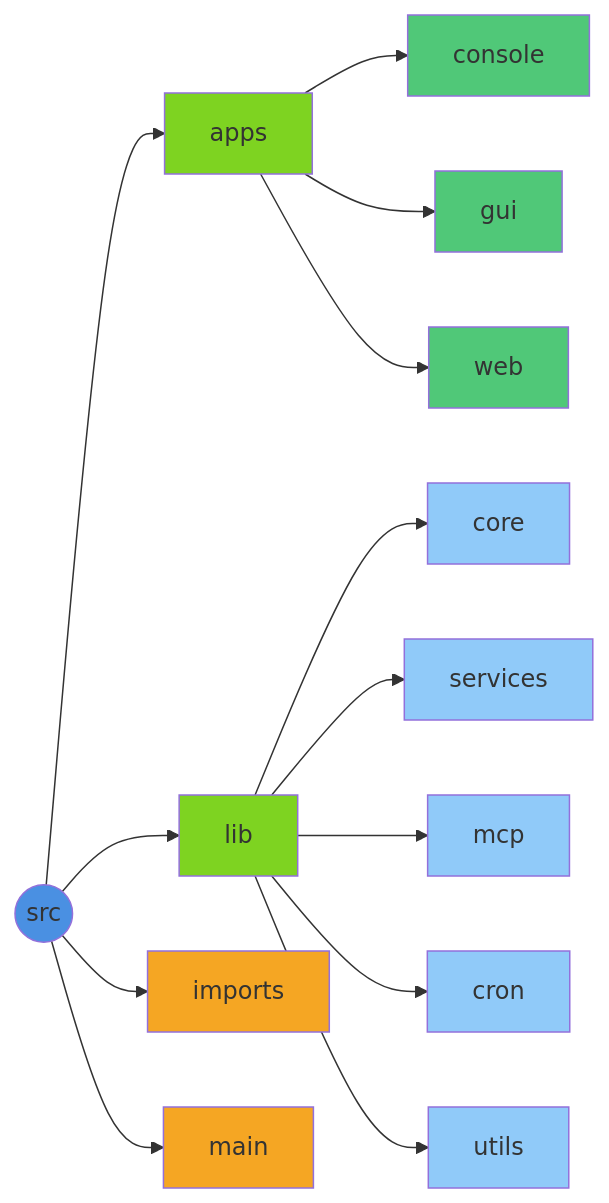
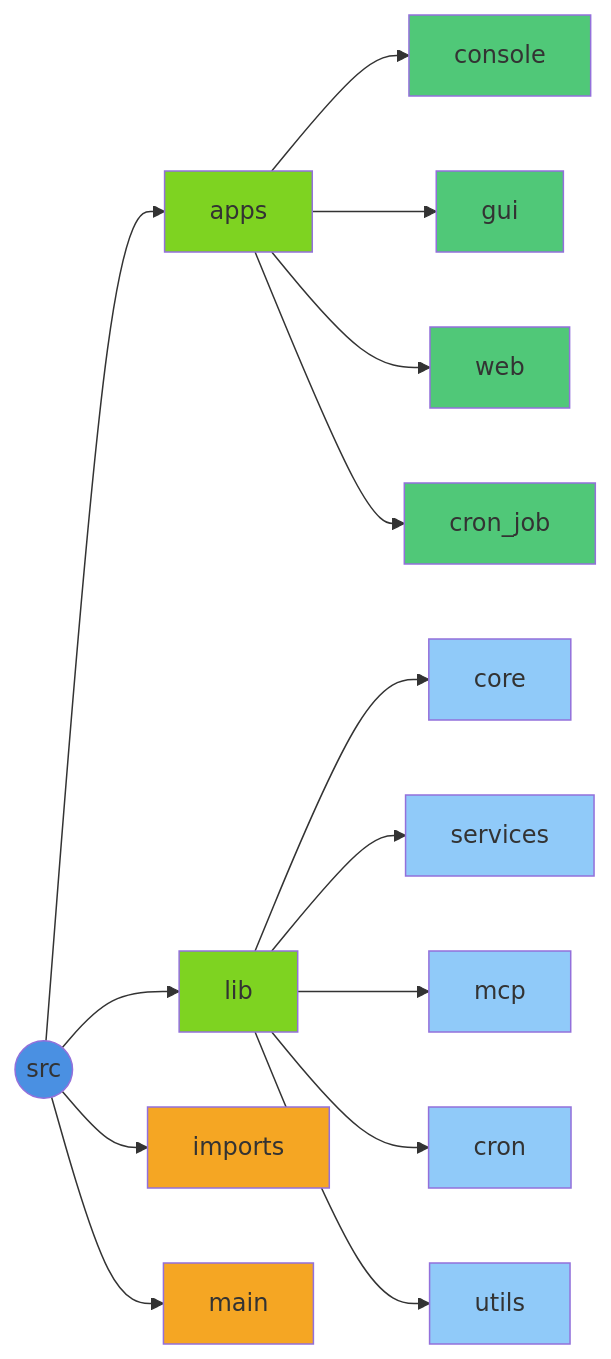
One commit to AmreetKumarkhuntia/knik changed the diagram in docs/README.md. Above: the diagram before and after it, drawn with Mermaid. The commit also changed other lines of this file and 7 other files, not shown here.

First line of the commit message:
docs: fix inaccuracies across documentation (providers, endpoints, aliases, architecture)

````diff
--- a/docs/README.md
+++ b/docs/README.md
@@ -59,29 +60,31 @@
 ```mermaid
 flowchart LR
     src((src)) --> apps
     src --> lib
     src --> imports
     src --> main
     apps --> console
     apps --> gui
     apps --> web
+    apps --> cron_job
     lib --> core
     lib --> services
     lib --> mcp
     lib --> cron
     lib --> utils
 
     style src fill:#4a90e2
     style imports fill:#f5a623
     style main fill:#f5a623
     style apps fill:#7ed321
     style lib fill:#7ed321
     style console fill:#50c878
     style gui fill:#50c878
     style web fill:#50c878
+    style cron_job fill:#50c878
     style core fill:#90caf9
     style services fill:#90caf9
     style mcp fill:#90caf9
     style cron fill:#90caf9
     style utils fill:#90caf9
 ```
````
